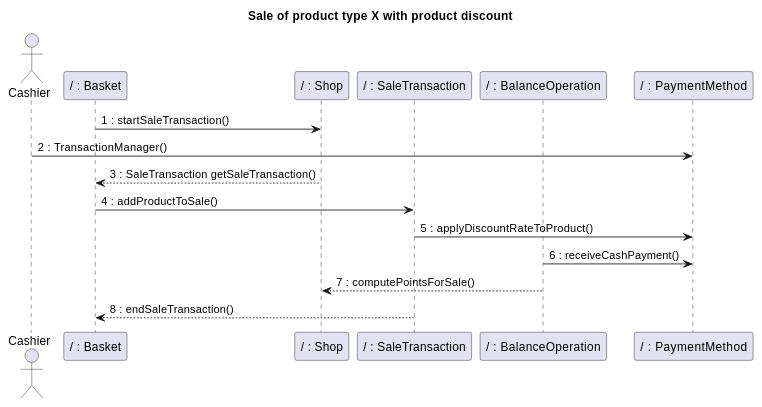
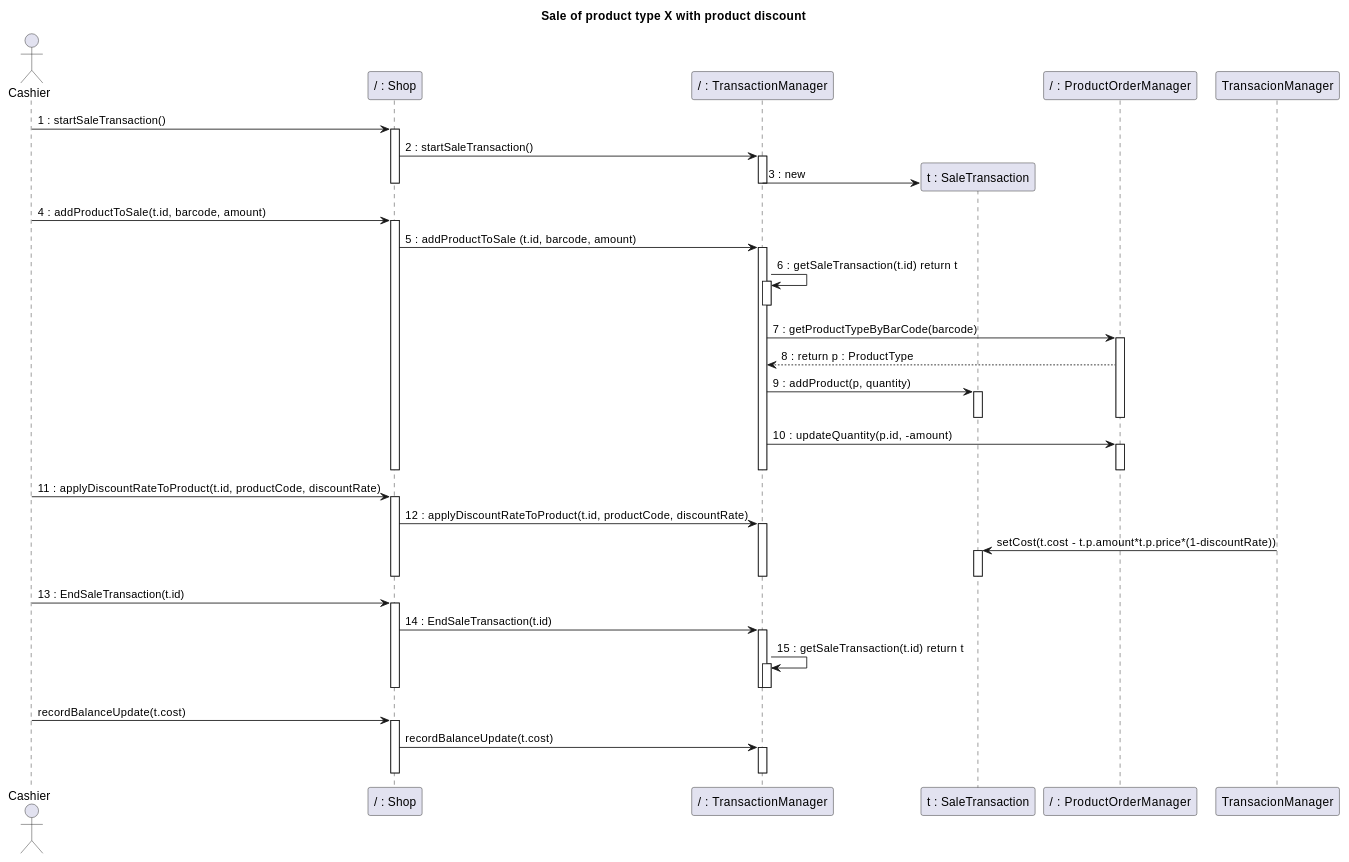
One commit to nicolabattaglino/ezshop changed diagram 21 of 30 in Deliverables/DesignDocument.md. Above: the diagram before and after it, drawn with PlantUML. The commit also changed other lines of this file, not shown here.

````diff
--- a/Deliverables/DesignDocument.md
+++ b/Deliverables/DesignDocument.md
@@ -1034,26 +1035,75 @@
 ```plantuml
 @startuml
 
 title
 Sale of product type X with product discount
 end title
 
 actor Cashier
 
-participant "/ : Basket" as Basket
 participant "/ : Shop" as Shop
-participant "/ : SaleTransaction" as SaleTransaction
-participant "/ : BalanceOperation" as BalanceOperation
-participant "/ : PaymentMethod" as PaymentMethod
+participant "/ : TransactionManager" as TransactionManager
+participant "t : SaleTransaction"  as SaleTransaction
+participant "/ : ProductOrderManager" as ProductOrderManager
 
-Basket -> Shop: 1 : startSaleTransaction()
-Cashier -> PaymentMethod: 2 : TransactionManager()
-Shop --> Basket: 3 : SaleTransaction getSaleTransaction()
-Basket ->  SaleTransaction: 4 : addProductToSale()
-SaleTransaction -> PaymentMethod : 5 : applyDiscountRateToProduct()
-BalanceOperation -> PaymentMethod : 6 : receiveCashPayment()
-BalanceOperation --> Shop: 7 : computePointsForSale()
-SaleTransaction --> Basket: 8 : endSaleTransaction()
+Cashier -> Shop: 1 : startSaleTransaction()
+activate Shop
+Shop -> TransactionManager : 2 : startSaleTransaction()
+activate TransactionManager
+create SaleTransaction
+TransactionManager -> SaleTransaction: 3 : new
+deactivate TransactionManager
+deactivate Shop
+Cashier -> Shop : 4 : addProductToSale(t.id, barcode, amount)
+activate Shop
+Shop -> TransactionManager: 5 : addProductToSale (t.id, barcode, amount)
+ 
 
+activate TransactionManager
+TransactionManager -> TransactionManager: 6 : getSaleTransaction(t.id) return t
+activate TransactionManager
+deactivate TransactionManager
+TransactionManager -> ProductOrderManager: 7 : getProductTypeByBarCode(barcode)
+activate ProductOrderManager
+
+
+TransactionManager <-- ProductOrderManager : 8 : return p : ProductType
+
+TransactionManager -> SaleTransaction : 9 : addProduct(p, quantity)
+activate SaleTransaction
+deactivate SaleTransaction
+deactivate ProductOrderManager
+TransactionManager -> ProductOrderManager: 10 : updateQuantity(p.id, -amount)
+activate ProductOrderManager
+deactivate ProductOrderManager
+deactivate TransactionManager
+deactivate Shop
+
+Cashier -> Shop : 11 : applyDiscountRateToProduct(t.id, productCode, discountRate)
+activate Shop
+Shop -> TransactionManager : 12 : applyDiscountRateToProduct(t.id, productCode, discountRate)
+activate TransactionManager
+TransacionManager -> SaleTransaction : setCost(t.cost - t.p.amount*t.p.price*(1-discountRate))
+activate SaleTransaction
+deactivate SaleTransaction
+deactivate TransactionManager
+deactivate Shop
+
+Cashier -> Shop : 13 : EndSaleTransaction(t.id)
+activate Shop
+Shop -> TransactionManager : 14 : EndSaleTransaction(t.id)
+activate TransactionManager
+TransactionManager -> TransactionManager : 15 : getSaleTransaction(t.id) return t
+activate TransactionManager
+deactivate TransactionManager
+deactivate TransactionManager
+deactivate Shop
+
+Cashier -> Shop : recordBalanceUpdate(t.cost)
+activate Shop
+Shop -> TransactionManager : recordBalanceUpdate(t.cost)
+activate TransactionManager
+deactivate TransactionManager
+deactivate Shop
 @enduml
 ```
````
